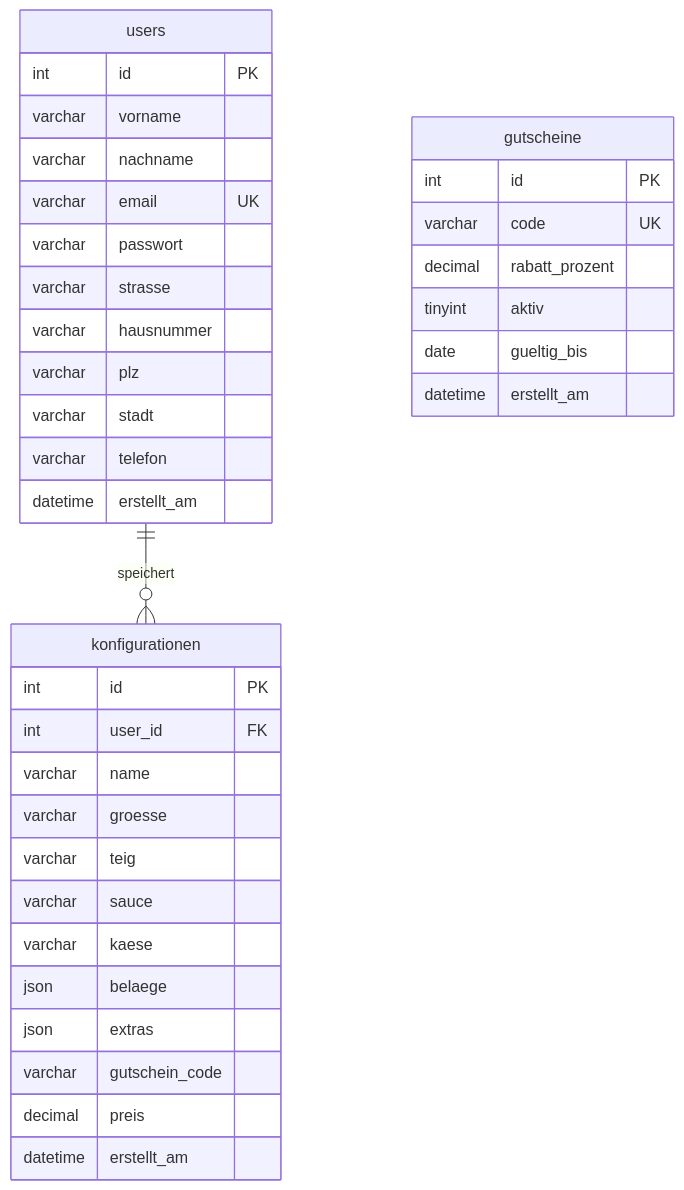
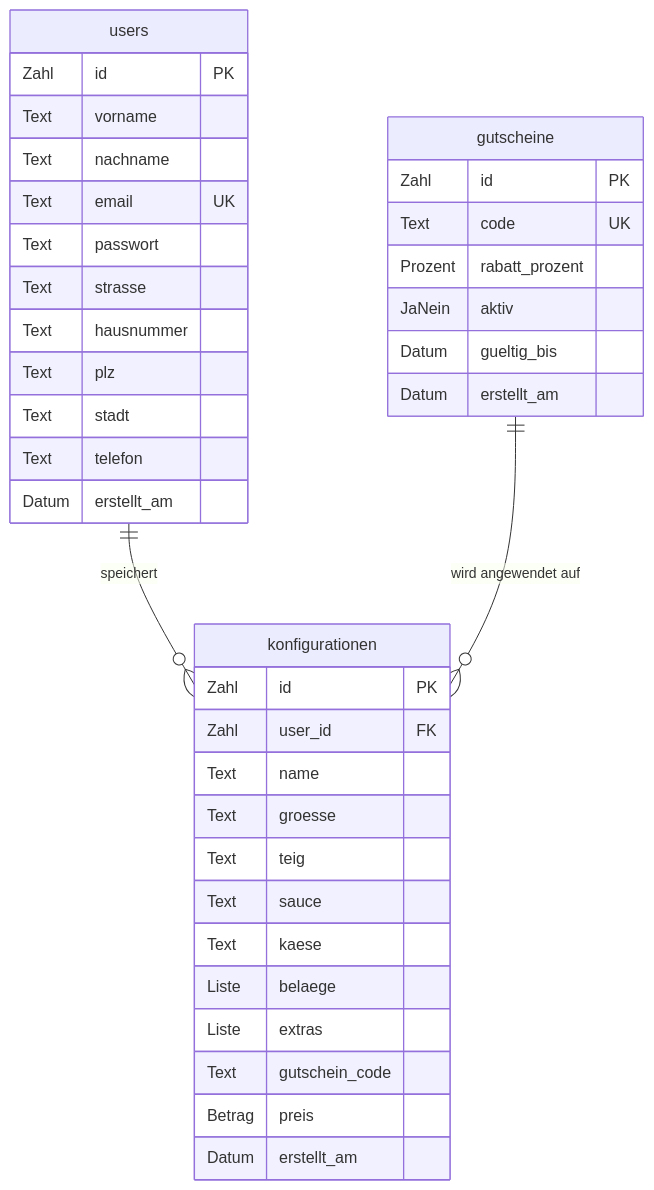
Before and after one commit to Familienmann89/Pizza-Tracker-: the diagram in docs/spec/D1-datenmodell.md, drawn with Mermaid. The commit also changed other lines of this file, not shown here.

````diff
--- a/docs/spec/D1-datenmodell.md
+++ b/docs/spec/D1-datenmodell.md
@@ -5,42 +5,43 @@
 ```mermaid
 erDiagram
     users {
-        int id PK
-        varchar vorname
-        varchar nachname
-        varchar email UK
-        varchar passwort
-        varchar strasse
-        varchar hausnummer
-        varchar plz
-        varchar stadt
-        varchar telefon
-        datetime erstellt_am
+        Zahl id PK
+        Text vorname
+        Text nachname
+        Text email UK
+        Text passwort
+        Text strasse
+        Text hausnummer
+        Text plz
+        Text stadt
+        Text telefon
+        Datum erstellt_am
     }
 
     konfigurationen {
-        int id PK
-        int user_id FK
-        varchar name
-        varchar groesse
-        varchar teig
-        varchar sauce
-        varchar kaese
-        json belaege
-        json extras
-        varchar gutschein_code
-        decimal preis
-        datetime erstellt_am
+        Zahl id PK
+        Zahl user_id FK
+        Text name
+        Text groesse
+        Text teig
+        Text sauce
+        Text kaese
+        Liste belaege
+        Liste extras
+        Text gutschein_code
+        Betrag preis
+        Datum erstellt_am
     }
 
     gutscheine {
-        int id PK
-        varchar code UK
-        decimal rabatt_prozent
-        tinyint aktiv
-        date gueltig_bis
-        datetime erstellt_am
+        Zahl id PK
+        Text code UK
+        Prozent rabatt_prozent
+        JaNein aktiv
+        Datum gueltig_bis
+        Datum erstellt_am
     }
 
     users ||--o{ konfigurationen : "speichert"
+    gutscheine ||--o{ konfigurationen : "wird angewendet auf"
 ```
````
